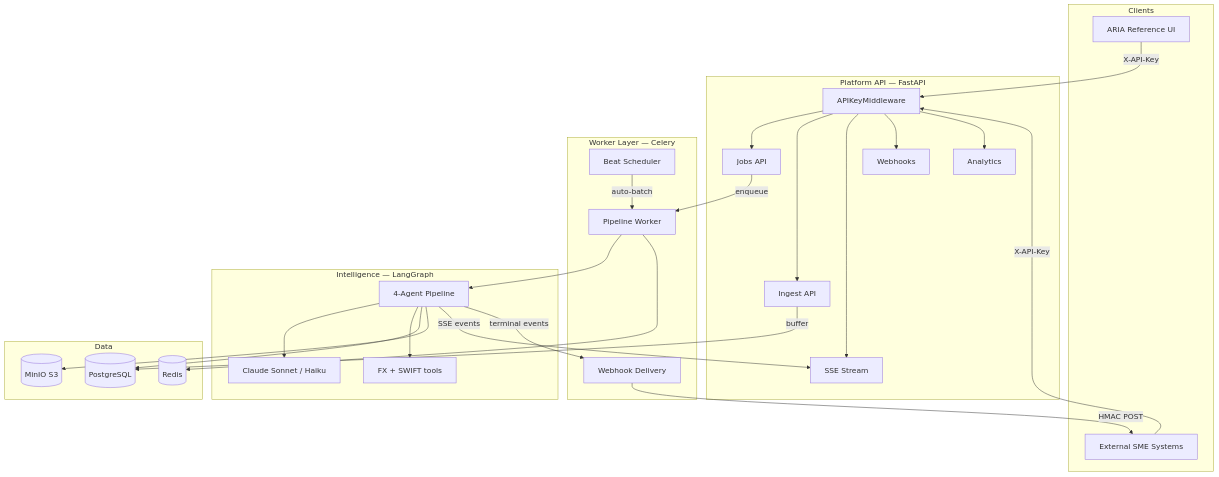
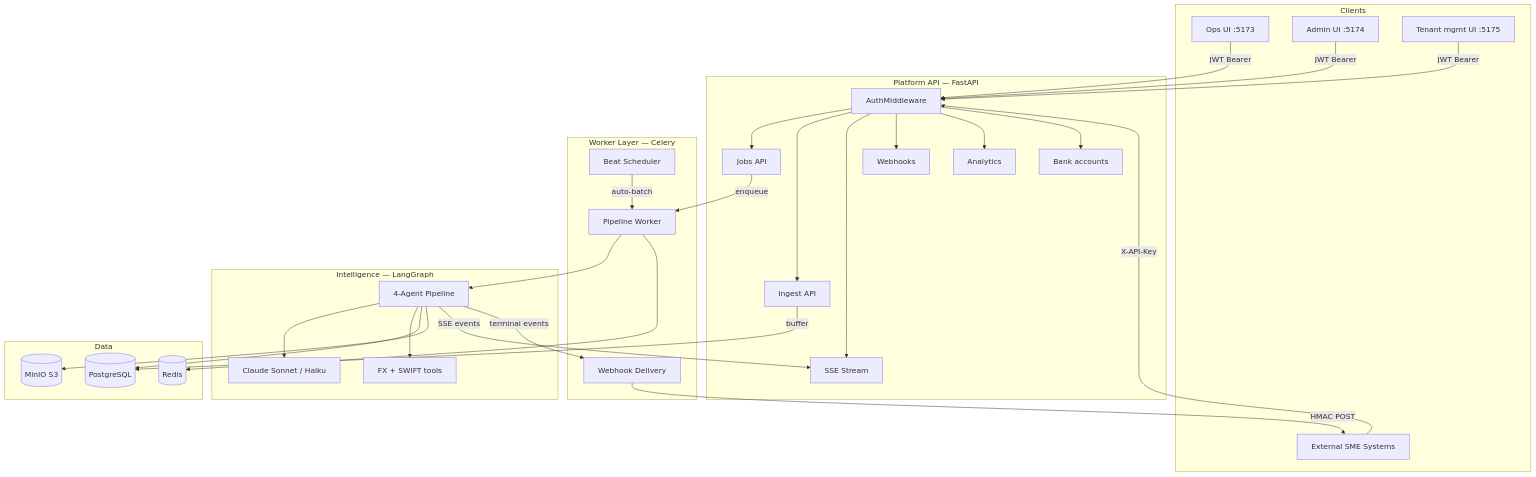
The first of 2 diagrams in docs/architecture.md (adamchok/Aria), drawn with Mermaid before and after one commit. The commit also changed other lines of this file and 11 other files, not shown here.

First line of the commit message:
docs(docs): sync README and docs with 3-app JWT auth model

````diff
--- a/docs/architecture.md
+++ b/docs/architecture.md
@@ -22,41 +22,45 @@
 ```mermaid
 flowchart TB
   subgraph clients [Clients]
-    UI[ARIA Reference UI]
+    OPS[Ops UI :5173]
+    ADMIN[Admin UI :5174]
+    MGMT[Tenant mgmt UI :5175]
     SME[External SME Systems]
   end
   subgraph platform [Platform API — FastAPI]
-    AUTH[APIKeyMiddleware]
+    AUTH[AuthMiddleware]
     JOBS[Jobs API]
     INGEST[Ingest API]
     SSE[SSE Stream]
     WH[Webhooks]
     AN[Analytics]
+    BA[Bank accounts]
   end
   subgraph workers [Worker Layer — Celery]
     WORKER[Pipeline Worker]
     BEAT[Beat Scheduler]
     WH_TASK[Webhook Delivery]
   end
   subgraph intelligence [Intelligence — LangGraph]
     LG[4-Agent Pipeline]
     LLM[Claude Sonnet / Haiku]
     FX[FX + SWIFT tools]
   end
   subgraph data [Data]
     PG[(PostgreSQL)]
     RD[(Redis)]
     S3[(MinIO S3)]
   end
-  UI & SME -->|X-API-Key| AUTH
-  AUTH --> JOBS & INGEST & SSE & WH & AN
+  OPS & ADMIN & MGMT -->|JWT Bearer| AUTH
+  SME -->|X-API-Key| AUTH
+  AUTH --> JOBS & INGEST & SSE & WH & AN & BA
   INGEST -->|buffer| PG
   BEAT -->|auto-batch| WORKER
   JOBS -->|enqueue| WORKER
   WORKER --> LG
   LG --> LLM & FX & PG & S3
   LG -->|SSE events| SSE
   LG -->|terminal events| WH_TASK
   WH_TASK -->|HMAC POST| SME
   WORKER --> RD
 ```
````
